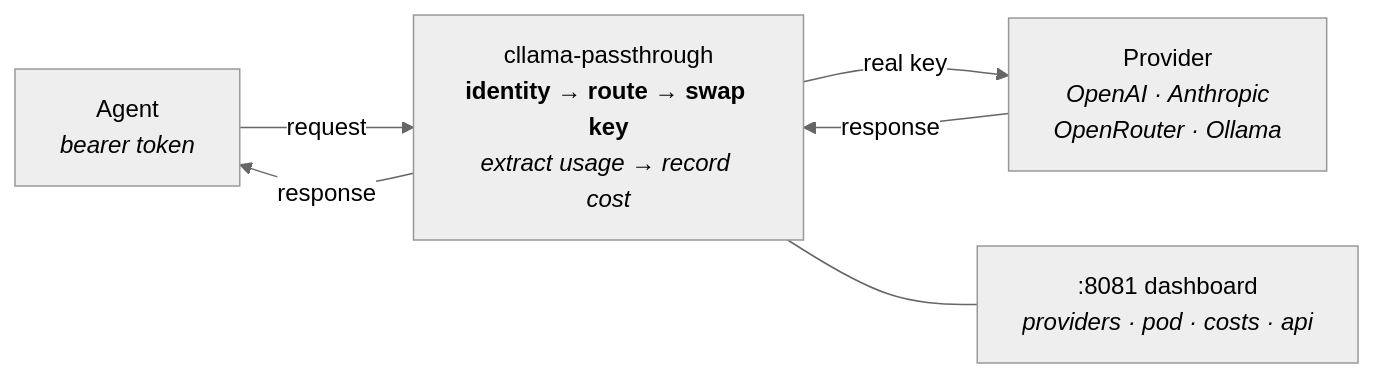
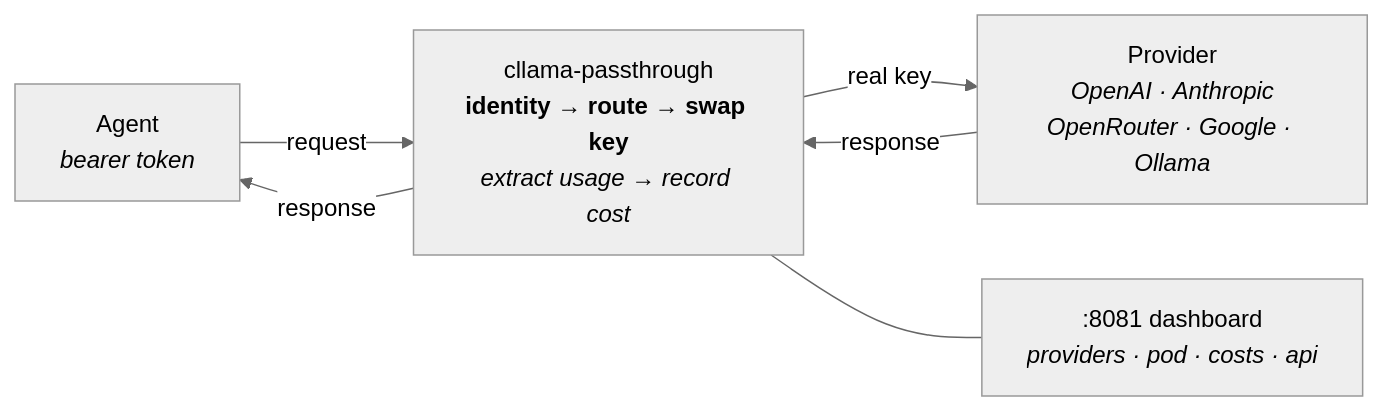
Before and after one commit to mostlydev/cllama: the first of 2 diagrams in README.md, drawn with Mermaid (neutral theme). The commit also changed other lines of this file and 4 other files, not shown here.

Commit message:
feat: add native google provider support

````diff
--- a/README.md
+++ b/README.md
@@ -9,8 +9,8 @@
 ```mermaid
 flowchart LR
   A[Agent<br/><i>bearer token</i>] -->|request| P[cllama-passthrough<br/><b>identity → route → swap key</b><br/><i>extract usage → record cost</i>]
-  P -->|real key| U[Provider<br/><i>OpenAI · Anthropic<br/>OpenRouter · Ollama</i>]
+  P -->|real key| U[Provider<br/><i>OpenAI · Anthropic<br/>OpenRouter · Google · Ollama</i>]
   U -->|response| P
   P -->|response| A
   P --- D[:8081 dashboard<br/><i>providers · pod · costs · api</i>]
 ```
````
